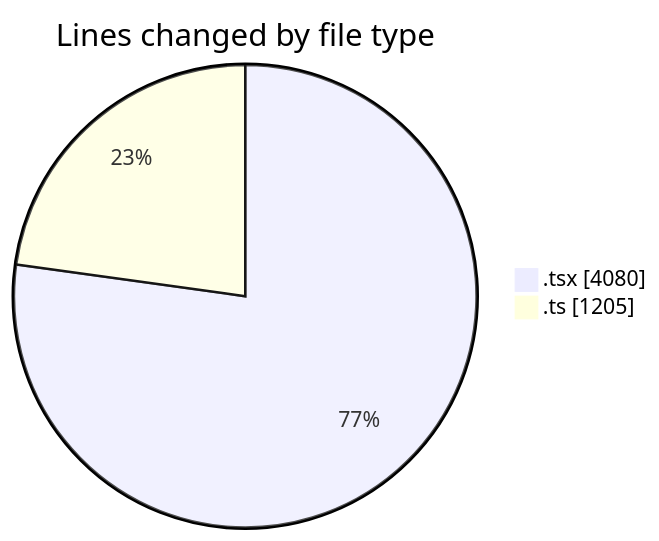
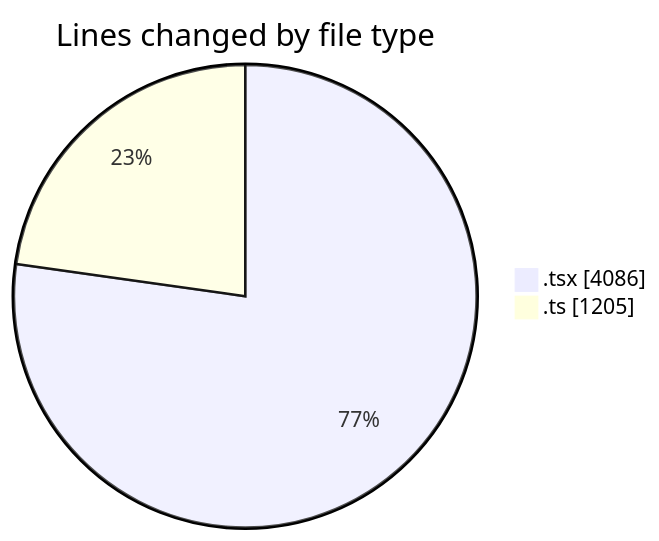
The first of 2 diagrams in 2026-02-18/nxtqube_webapp/README.md (nxtqubesakshisongat/code-tracking), drawn with Mermaid before and after one commit. The commit also changed other lines of this file and 1 other file, not shown here.

````diff
--- a/2026-02-18/nxtqube_webapp/README.md
+++ b/2026-02-18/nxtqube_webapp/README.md
@@ -29,6 +29,6 @@
 ```mermaid
 pie showData
 title Lines changed by file type
-".tsx" : 4080
+".tsx" : 4086
 ".ts" : 1205
 ```
````
